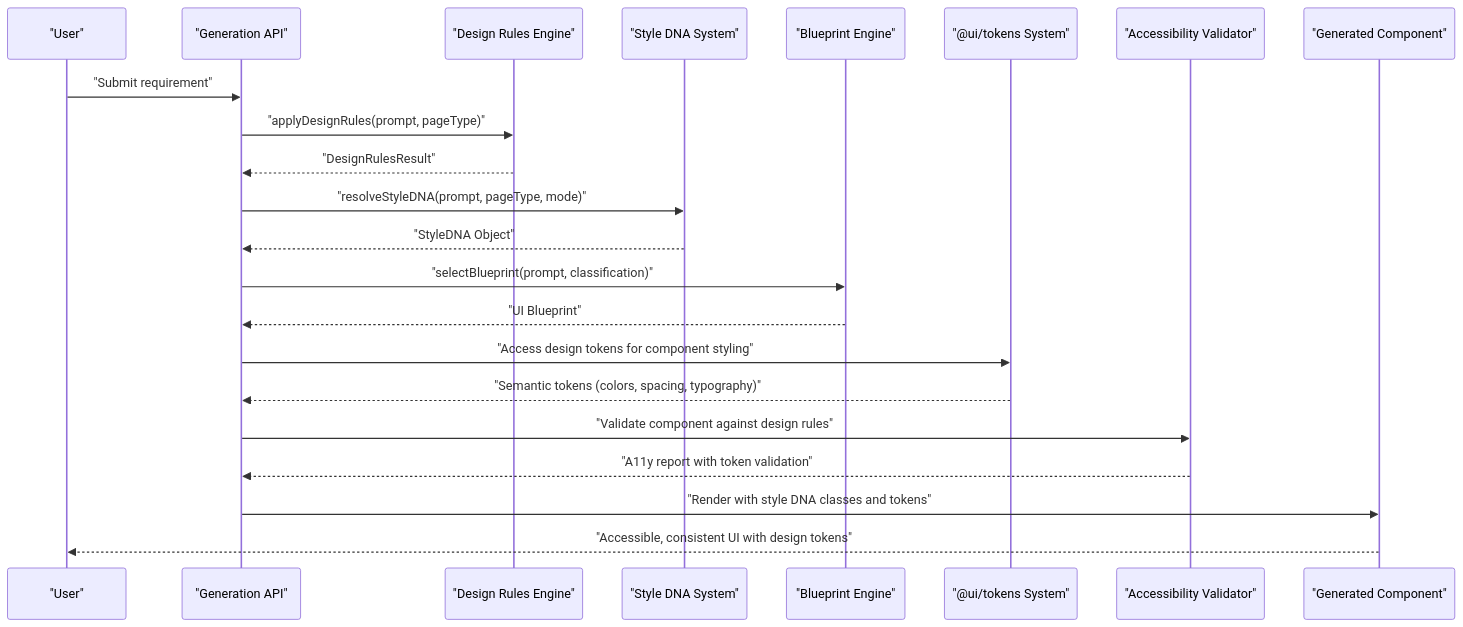
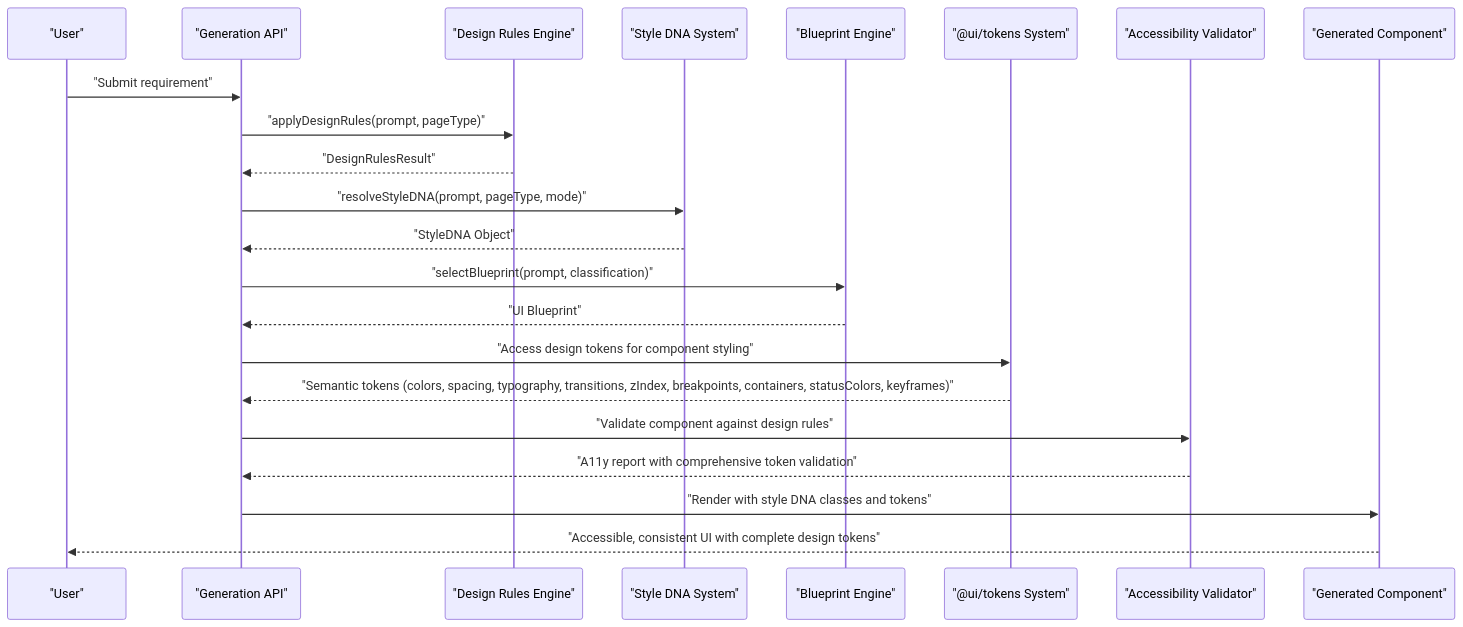
One commit to shekhargiri005-dotcom/AI-powered-accessibility-first-UI-engine changed the second of 9 diagrams in .qoder/repowiki/en/content/UI Component System/Design System Integration.md. Above: the diagram before and after it, drawn with Mermaid. The commit also changed other lines of this file and 24 other files, not shown here.

````diff
--- a/.qoder/repowiki/en/content/UI Component System/Design System Integration.md
+++ b/.qoder/repowiki/en/content/UI Component System/Design System Integration.md
@@ -317,24 +321,24 @@
 ```mermaid
 sequenceDiagram
 participant User as "User"
 participant API as "Generation API"
 participant Engine as "Design Rules Engine"
 participant StyleDNA as "Style DNA System"
 participant Blueprint as "Blueprint Engine"
 participant Tokens as "@ui/tokens System"
 participant Validator as "Accessibility Validator"
 participant Renderer as "Generated Component"
 User->>API : "Submit requirement"
 API->>Engine : "applyDesignRules(prompt, pageType)"
 Engine-->>API : "DesignRulesResult"
 API->>StyleDNA : "resolveStyleDNA(prompt, pageType, mode)"
 StyleDNA-->>API : "StyleDNA Object"
 API->>Blueprint : "selectBlueprint(prompt, classification)"
 Blueprint-->>API : "UI Blueprint"
 API->>Tokens : "Access design tokens for component styling"
-Tokens-->>API : "Semantic tokens (colors, spacing, typography)"
+Tokens-->>API : "Semantic tokens (colors, spacing, typography, transitions, zIndex, breakpoints, containers, statusColors, keyframes)"
 API->>Validator : "Validate component against design rules"
-Validator-->>API : "A11y report with token validation"
+Validator-->>API : "A11y report with comprehensive token validation"
 API->>Renderer : "Render with style DNA classes and tokens"
-Renderer-->>User : "Accessible, consistent UI with design tokens"
+Renderer-->>User : "Accessible, consistent UI with complete design tokens"
 ```
````
